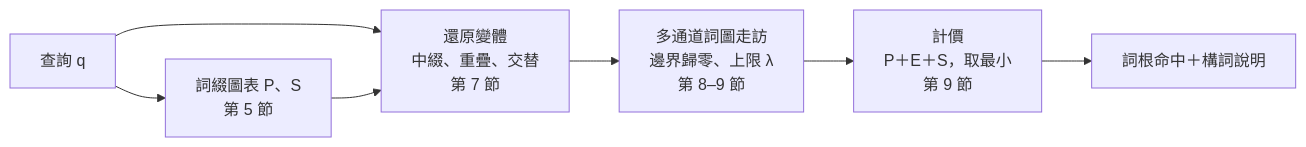
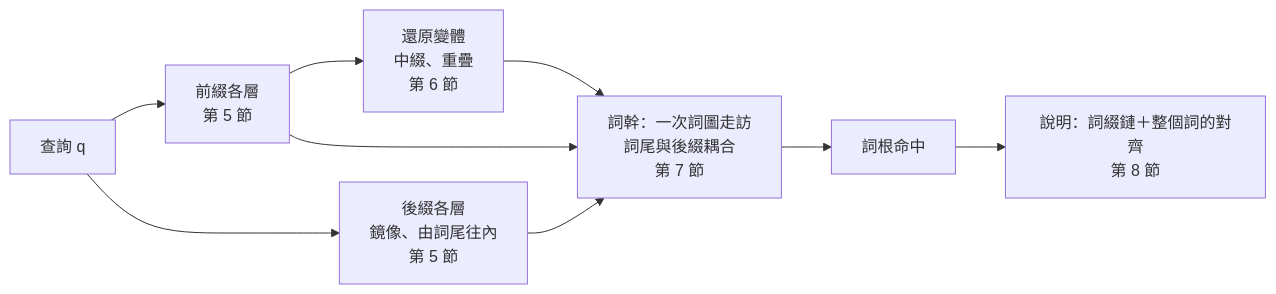
Before and after one commit to Babizu/babizu: the diagram in docs/bcdp.md, drawn with Mermaid. The commit also changed other lines of this file and 9 other files, not shown here.

````diff
--- a/docs/bcdp.md
+++ b/docs/bcdp.md
@@ -7,9 +9,11 @@
 ```mermaid
 flowchart LR
-  Q[查詢 q] --> C[詞綴圖表 P、S<br/>第 5 節]
-  Q --> V[還原變體<br/>中綴、重疊、交替<br/>第 7 節]
-  C --> V
-  V --> W[多通道詞圖走訪<br/>邊界歸零、上限 λ<br/>第 8–9 節]
-  W --> F[計價<br/>P＋E＋S，取最小<br/>第 9 節]
-  F --> H[詞根命中＋構詞說明]
+  Q[查詢 q] --> P[前綴各層<br/>第 5 節]
+  Q --> S[後綴各層<br/>鏡像、由詞尾往內<br/>第 5 節]
+  P --> V[還原變體<br/>中綴、重疊<br/>第 6 節]
+  P --> W[詞幹：一次詞圖走訪<br/>詞尾與後綴耦合<br/>第 7 節]
+  S --> W
+  V --> W
+  W --> H[詞根命中]
+  H --> E[說明：詞綴鏈＋整個詞的對齊<br/>第 8 節]
 ```
````
